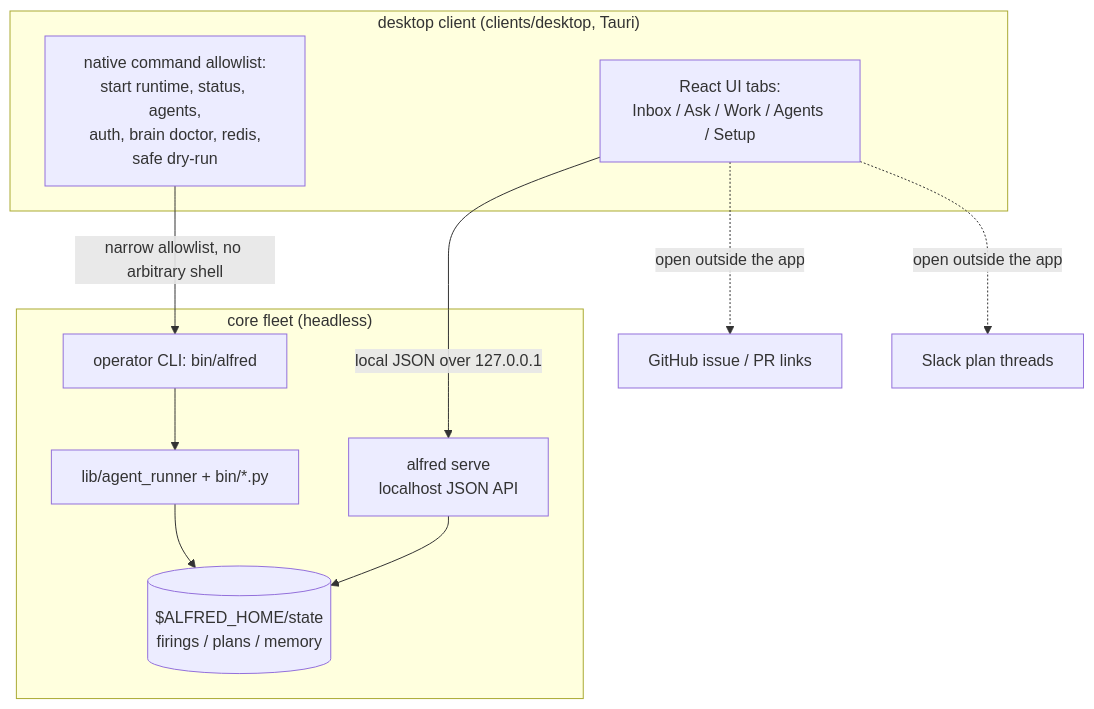
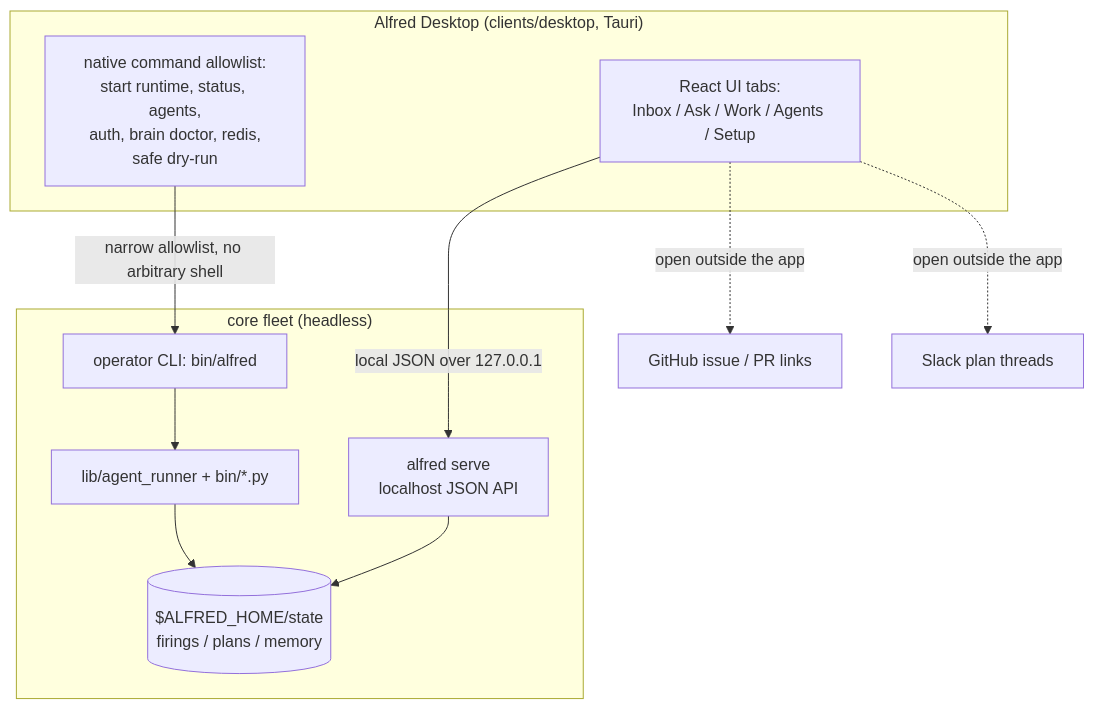
Before and after one commit to luminik-io/alfred-os: the fifth of 8 diagrams in docs/ARCHITECTURE.md, drawn with Mermaid. The commit also changed other lines of this file and 44 other files, not shown here.

````diff
--- a/docs/ARCHITECTURE.md
+++ b/docs/ARCHITECTURE.md
@@ -195,25 +195,25 @@
 ```mermaid
 flowchart TB
-    subgraph client["desktop client (clients/desktop, Tauri)"]
+    subgraph client["Alfred Desktop (clients/desktop, Tauri)"]
         ui["React UI tabs:<br/>Inbox / Ask / Work / Agents / Setup"]
         native["native command allowlist:<br/>start runtime, status, agents,<br/>auth, brain doctor, redis,<br/>safe dry-run"]
     end
 
     subgraph core["core fleet (headless)"]
         serve["alfred serve<br/>localhost JSON API"]
         state[("$ALFRED_HOME/state<br/>firings / plans / memory")]
         cli["operator CLI: bin/alfred"]
         fleet["lib/agent_runner + bin/*.py"]
     end
 
     gh["GitHub issue / PR links"]
     slackthread["Slack plan threads"]
 
     ui -->|local JSON over 127.0.0.1| serve
     native -->|narrow allowlist, no arbitrary shell| cli
     serve --> state
     cli --> fleet
     fleet --> state
     ui -.->|open outside the app| gh
     ui -.->|open outside the app| slackthread
 ```
````
